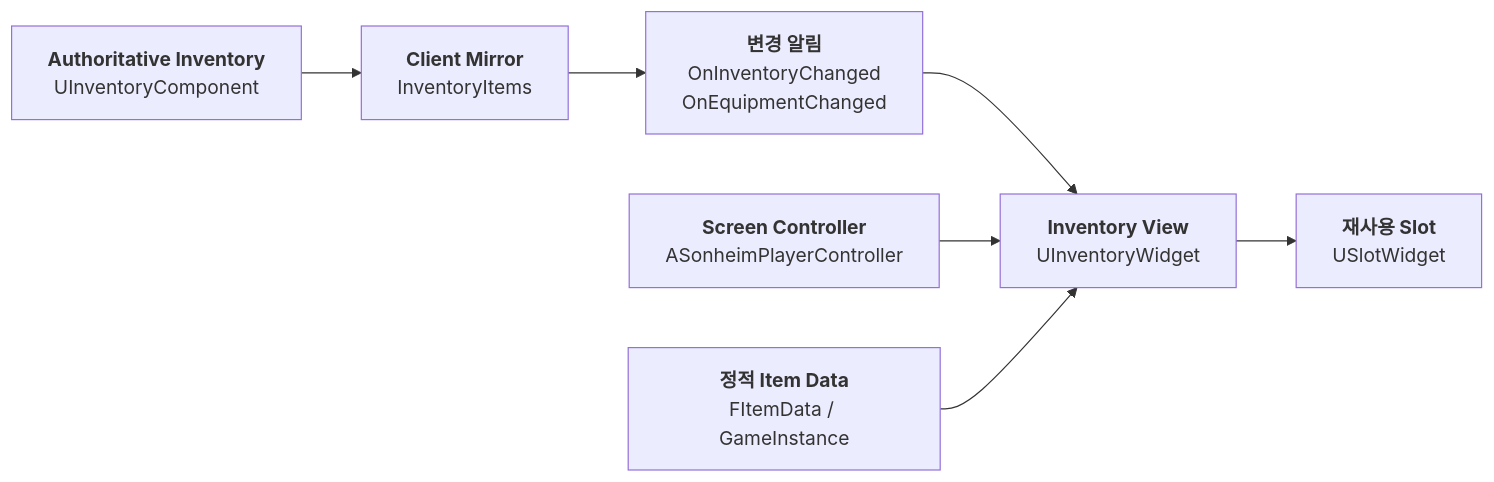
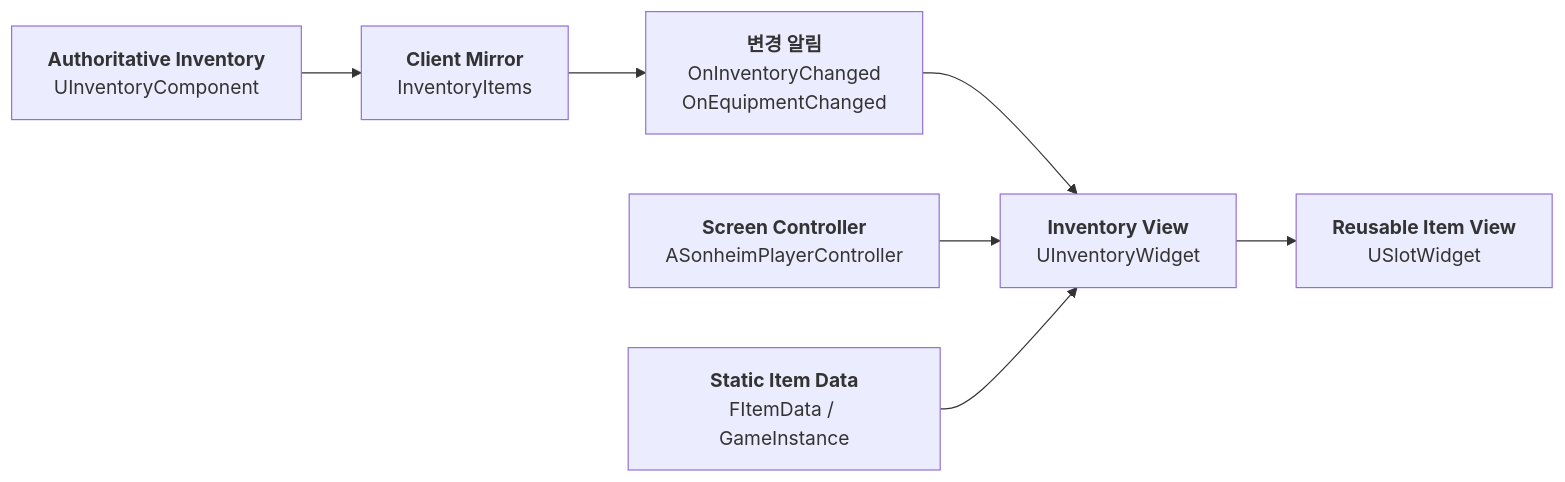
Before and after one commit to chungheonLee0325/Sonheim: the third of 3 diagrams in Doc/Wiki/07_Inventory_Crafting.md, drawn with Mermaid. The commit also changed other lines of this file, not shown here.

```diff
--- a/Doc/Wiki/07_Inventory_Crafting.md
+++ b/Doc/Wiki/07_Inventory_Crafting.md
@@ -422,17 +385,17 @@
 ~~~mermaid
 flowchart LR
     SERVER["<b>Authoritative Inventory</b><br/>UInventoryComponent"]
     REP["<b>Client Mirror</b><br/>InventoryItems"]
     EVENT["<b>변경 알림</b><br/>OnInventoryChanged<br/>OnEquipmentChanged"]
     SCREEN["<b>Screen Controller</b><br/>ASonheimPlayerController"]
     INVUI["<b>Inventory View</b><br/>UInventoryWidget"]
-    SLOT["<b>재사용 Slot</b><br/>USlotWidget"]
-    DATA["<b>정적 Item Data</b><br/>FItemData / GameInstance"]
+    SLOT["<b>Reusable Item View</b><br/>USlotWidget"]
+    DATA["<b>Static Item Data</b><br/>FItemData / GameInstance"]
 
     SERVER --> REP
     REP --> EVENT
     EVENT --> INVUI
     SCREEN --> INVUI
     DATA --> INVUI
     INVUI --> SLOT
 ~~~
```
